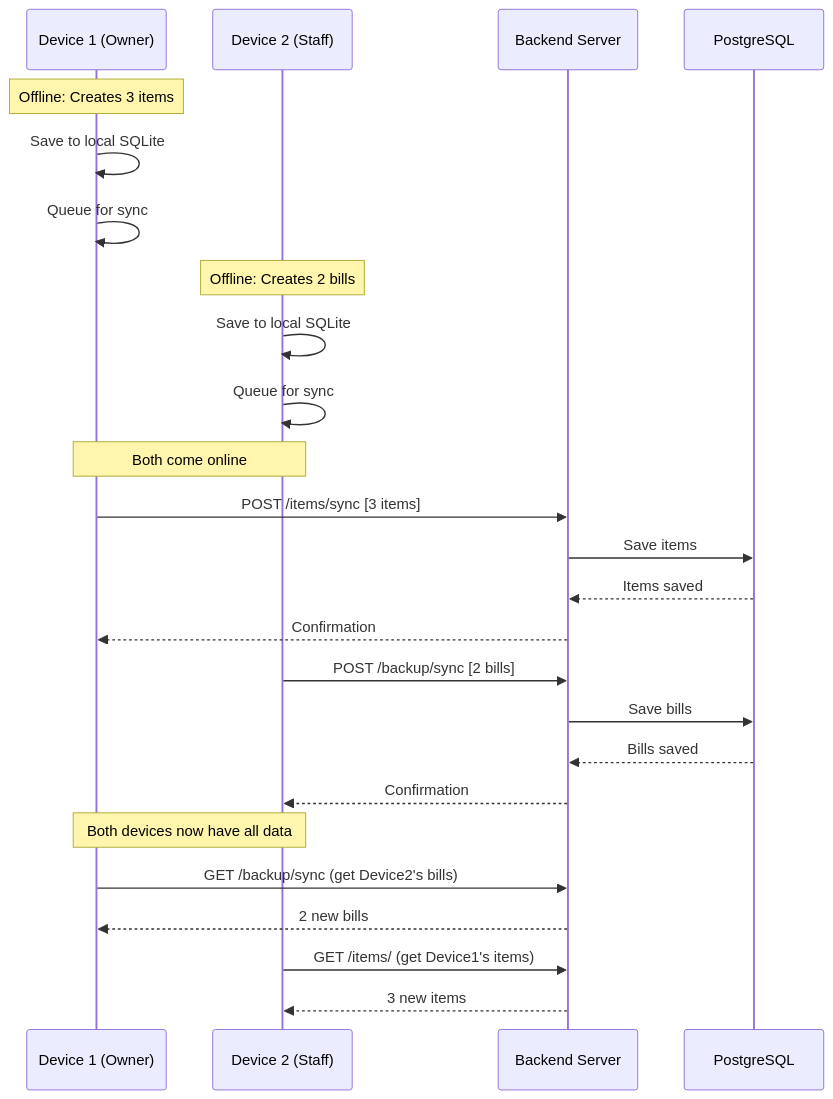
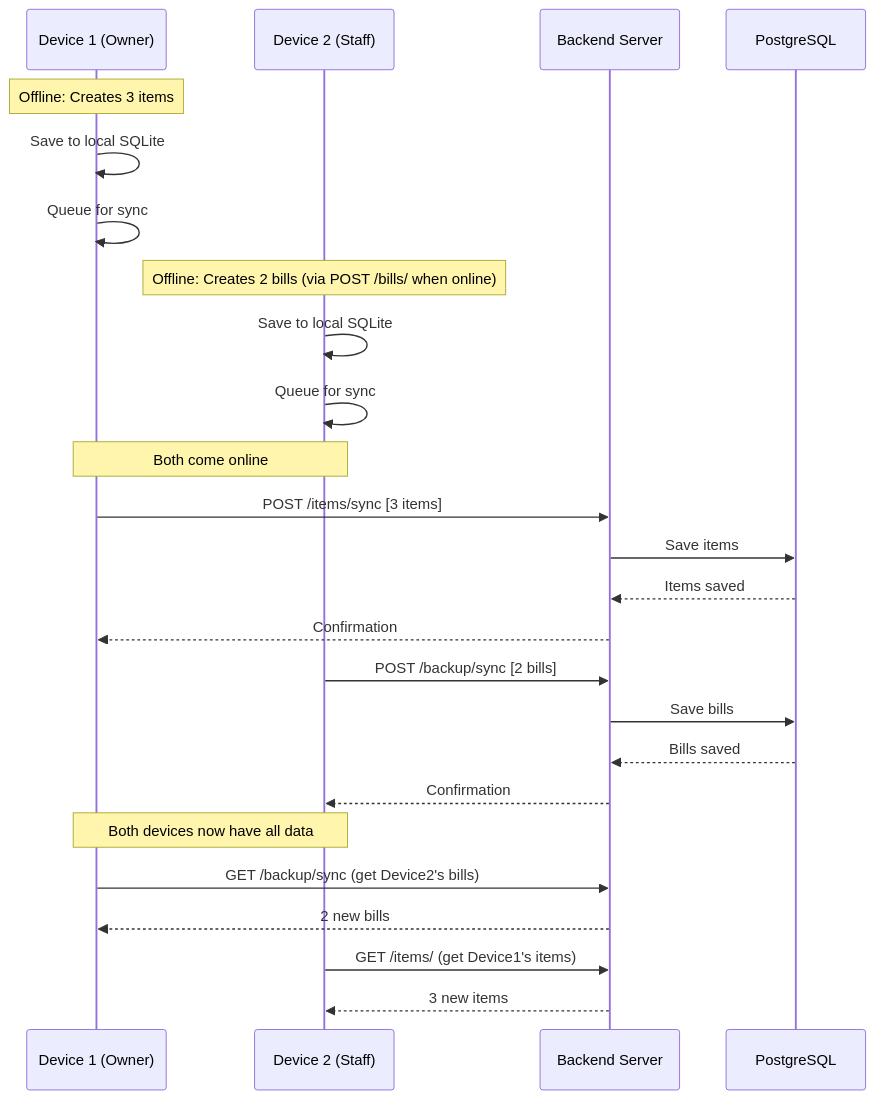
One commit to trenztechno/pos-backend changed the third of 7 diagrams in API_DOCUMENTATION.md. Above: the diagram before and after it, drawn with Mermaid. The commit also changed other lines of this file and 3 other files, not shown here.

````diff
--- a/API_DOCUMENTATION.md
+++ b/API_DOCUMENTATION.md
@@ -2850,34 +2851,34 @@
 ```mermaid
 sequenceDiagram
     participant Device1 as Device 1 (Owner)
     participant Device2 as Device 2 (Staff)
     participant Server as Backend Server
     participant DB as PostgreSQL
     
     Note over Device1: Offline: Creates 3 items
     Device1->>Device1: Save to local SQLite
     Device1->>Device1: Queue for sync
     
-    Note over Device2: Offline: Creates 2 bills
+    Note over Device2: Offline: Creates 2 bills (via POST /bills/ when online)
     Device2->>Device2: Save to local SQLite
     Device2->>Device2: Queue for sync
     
     Note over Device1,Device2: Both come online
     
     Device1->>Server: POST /items/sync [3 items]
     Server->>DB: Save items
     DB-->>Server: Items saved
     Server-->>Device1: Confirmation
     
     Device2->>Server: POST /backup/sync [2 bills]
     Server->>DB: Save bills
     DB-->>Server: Bills saved
     Server-->>Device2: Confirmation
     
     Note over Device1,Device2: Both devices now have all data
     Device1->>Server: GET /backup/sync (get Device2's bills)
     Server-->>Device1: 2 new bills
     
     Device2->>Server: GET /items/ (get Device1's items)
     Server-->>Device2: 3 new items
 ```
````
